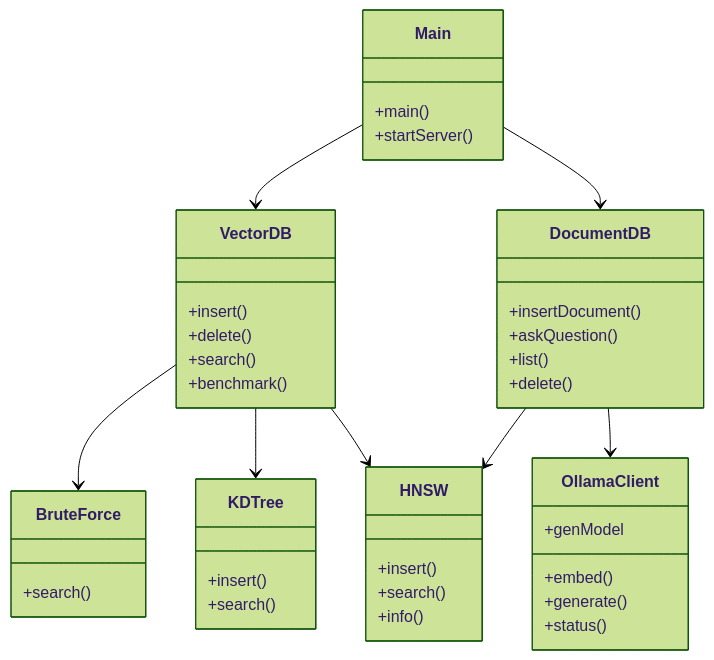
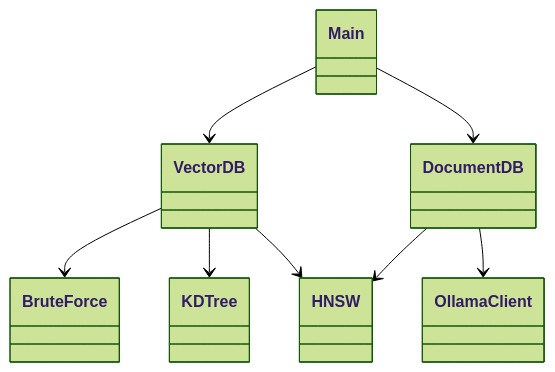
The tenth of 10 diagrams in README.md (krishkantrai27/StackForge), drawn with Mermaid (forest theme) before and after one commit. The commit also changed other lines of this file, not shown here.

````diff
--- a/README.md
+++ b/README.md
@@ -266,45 +299,18 @@
 ```mermaid
 classDiagram
-    class Main {
-        +main()
-        +startServer()
-    }
-    class VectorDB {
-        +insert()
-        +delete()
-        +search()
-        +benchmark()
-    }
-    class DocumentDB {
-        +insertDocument()
-        +askQuestion()
-        +list()
-        +delete()
-    }
-    class BruteForce {
-        +search()
-    }
-    class KDTree {
-        +insert()
-        +search()
-    }
-    class HNSW {
-        +insert()
-        +search()
-        +info()
-    }
-    class OllamaClient {
-        +embed()
-        +generate()
-        +status()
-        +genModel
-    }
+    class Main
+    class VectorDB
+    class DocumentDB
+    class BruteForce
+    class KDTree
+    class HNSW
+    class OllamaClient
 
     Main --> VectorDB
     Main --> DocumentDB
     VectorDB --> BruteForce
     VectorDB --> KDTree
     VectorDB --> HNSW
     DocumentDB --> HNSW
     DocumentDB --> OllamaClient
 ```
````
